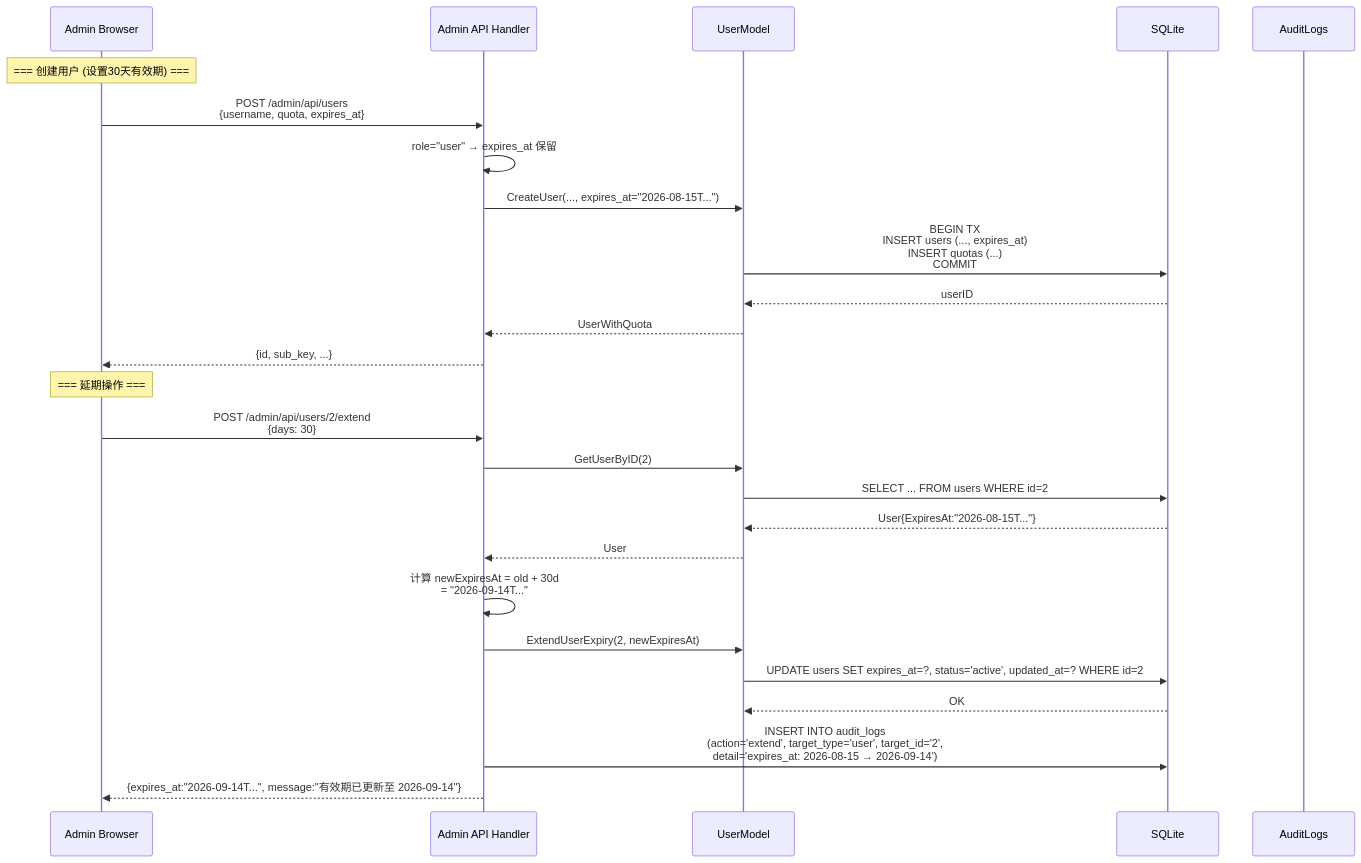
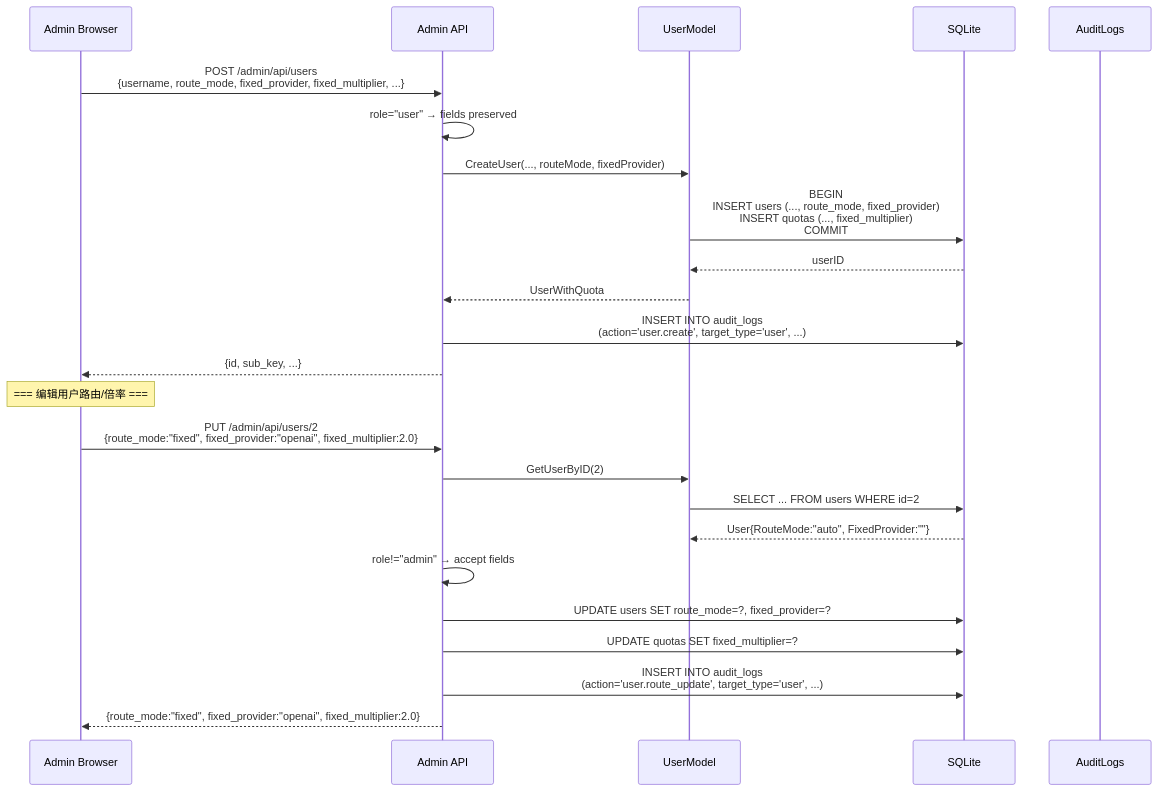
One commit to 16499259-oss/shimiaocheng-llm changed the third of 5 diagrams in docs/system_design.md. Above: the diagram before and after it, drawn with Mermaid. The commit also changed other lines of this file and 17 other files, not shown here.

First line of the commit message:
feat: user route mode decoupling with fixed multiplier

````diff
--- a/docs/system_design.md
+++ b/docs/system_design.md
@@ -221,30 +315,28 @@
 ```mermaid
 sequenceDiagram
     participant A as Admin Browser
-    participant API as Admin API Handler
+    participant API as Admin API
     participant M as UserModel
     participant DB as SQLite
     participant AL as AuditLogs
 
-    Note over A: === 创建用户 (设置30天有效期) ===
-    A->>API: POST /admin/api/users<br/>{username, quota, expires_at}
-    API->>API: role="user" → expires_at 保留
-    API->>M: CreateUser(..., expires_at="2026-08-15T...")
-    M->>DB: BEGIN TX<br/>INSERT users (..., expires_at)<br/>INSERT quotas (...)<br/>COMMIT
+    A->>API: POST /admin/api/users<br/>{username, route_mode, fixed_provider, fixed_multiplier, ...}
+    API->>API: role="user" → fields preserved
+    API->>M: CreateUser(..., routeMode, fixedProvider)
+    M->>DB: BEGIN<br/>INSERT users (..., route_mode, fixed_provider)<br/>INSERT quotas (..., fixed_multiplier)<br/>COMMIT
     DB-->>M: userID
     M-->>API: UserWithQuota
+    API->>DB: INSERT INTO audit_logs<br/>(action='user.create', target_type='user', ...)
     API-->>A: {id, sub_key, ...}
 
-    Note over A: === 延期操作 ===
-    A->>API: POST /admin/api/users/2/extend<br/>{days: 30}
+    Note over A: === 编辑用户路由/倍率 ===
+    A->>API: PUT /admin/api/users/2<br/>{route_mode:"fixed", fixed_provider:"openai", fixed_multiplier:2.0}
     API->>M: GetUserByID(2)
     M->>DB: SELECT ... FROM users WHERE id=2
-    DB-->>M: User{ExpiresAt:"2026-08-15T..."}
-    M-->>API: User
-    API->>API: 计算 newExpiresAt = old + 30d<br/>= "2026-09-14T..."
-    API->>M: ExtendUserExpiry(2, newExpiresAt)
-    M->>DB: UPDATE users SET expires_at=?, status='active', updated_at=? WHERE id=2
-    DB-->>M: OK
-    API->>DB: INSERT INTO audit_logs<br/>(action='extend', target_type='user', target_id='2',<br/>detail='expires_at: 2026-08-15 → 2026-09-14')
-    API-->>A: {expires_at:"2026-09-14T...", message:"有效期已更新至 2026-09-14"}
+    DB-->>M: User{RouteMode:"auto", FixedProvider:""}
+    API->>API: role!="admin" → accept fields
+    API->>DB: UPDATE users SET route_mode=?, fixed_provider=?
+    API->>DB: UPDATE quotas SET fixed_multiplier=?
+    API->>DB: INSERT INTO audit_logs<br/>(action='user.route_update', target_type='user', ...)
+    API-->>A: {route_mode:"fixed", fixed_provider:"openai", fixed_multiplier:2.0}
 ```
````
